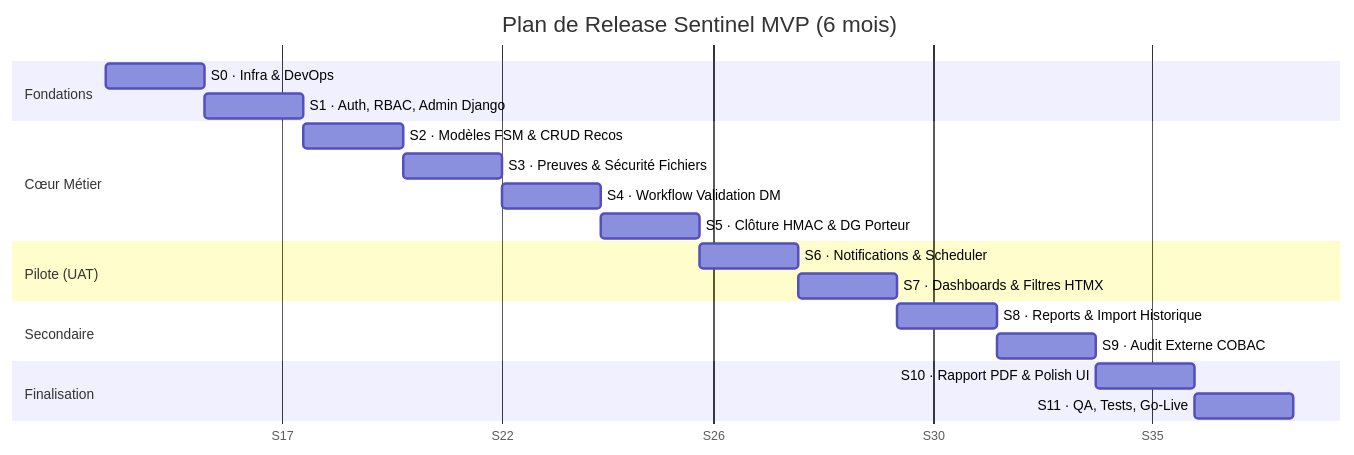
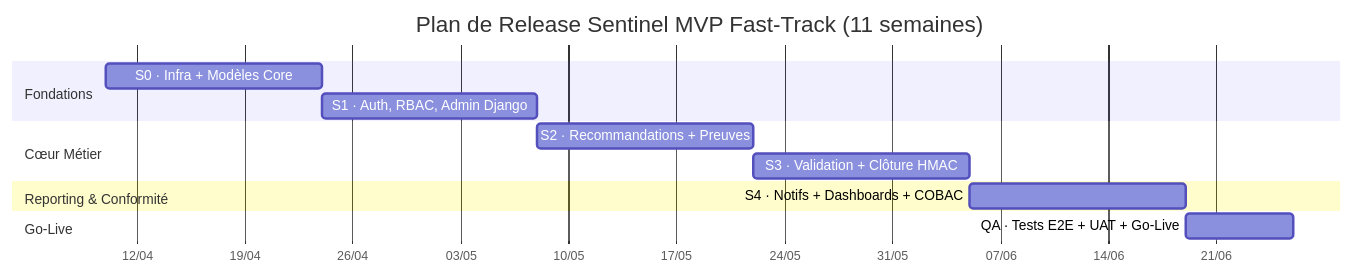
Before and after one commit to Tchendjou2003/bicec--Sentinel: the diagram in _bmad-output/planning-artifacts/sprint-planning.md, drawn with Mermaid. The commit also changed other lines of this file and 1 other file, not shown here.

````diff
--- a/_bmad-output/planning-artifacts/sprint-planning.md
+++ b/_bmad-output/planning-artifacts/sprint-planning.md
@@ -20,28 +31,20 @@
 ```mermaid
 gantt
-    title Plan de Release Sentinel MVP (6 mois)
+    title Plan de Release Sentinel MVP Fast-Track (11 semaines)
     dateFormat  YYYY-MM-DD
-    axisFormat  S%W
+    axisFormat  %d/%m
 
     section Fondations
-    S0 · Infra & DevOps            :s0, 2026-04-06, 14d
+    S0 · Infra + Modèles Core      :s0, 2026-04-10, 14d
     S1 · Auth, RBAC, Admin Django  :s1, after s0, 14d
 
     section Cœur Métier
-    S2 · Modèles FSM & CRUD Recos  :s2, after s1, 14d
-    S3 · Preuves & Sécurité Fichiers :s3, after s2, 14d
-    S4 · Workflow Validation DM    :s4, after s3, 14d
-    S5 · Clôture HMAC & DG Porteur :s5, after s4, 14d
+    S2 · Recommandations + Preuves :s2, after s1, 14d
+    S3 · Validation + Clôture HMAC :s3, after s2, 14d
 
-    section Pilote (UAT)
-    S6 · Notifications & Scheduler :s6, after s5, 14d
-    S7 · Dashboards & Filtres HTMX :s7, after s6, 14d
+    section Reporting & Conformité
+    S4 · Notifs + Dashboards + COBAC :s4, after s3, 14d
 
-    section Secondaire
-    S8 · Reports & Import Historique :s8, after s7, 14d
-    S9 · Audit Externe COBAC       :s9, after s8, 14d
-
-    section Finalisation
-    S10 · Rapport PDF & Polish UI  :s10, after s9, 14d
-    S11 · QA, Tests, Go-Live       :s11, after s10, 14d
+    section Go-Live
+    QA · Tests E2E + UAT + Go-Live :qa, after s4, 7d
 ```
````
